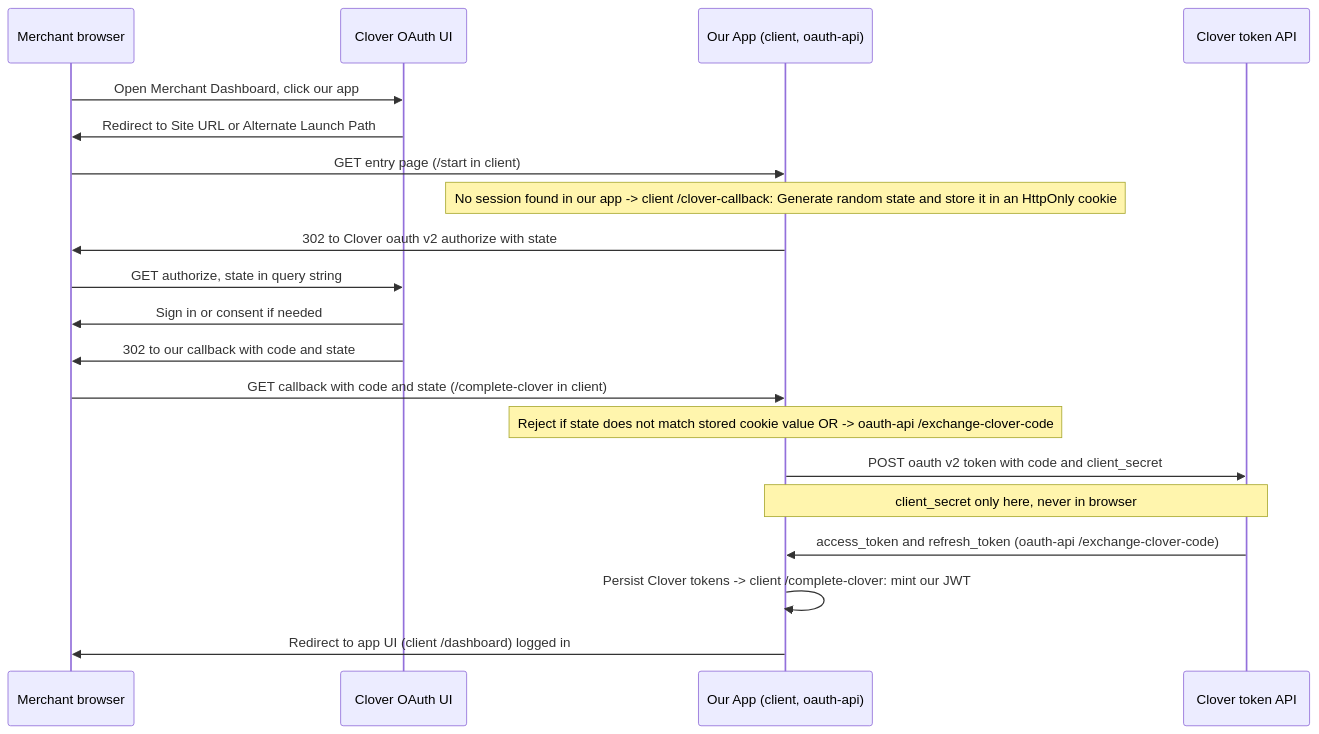
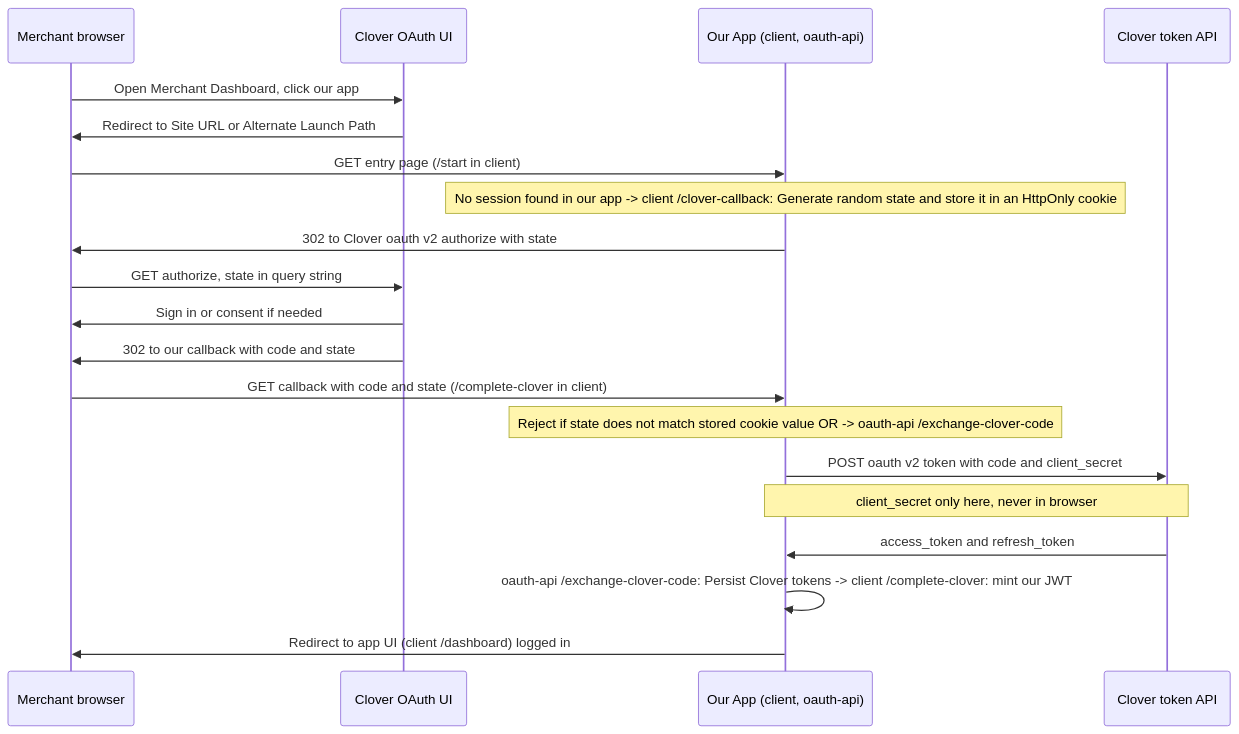
Before and after one commit to 1ntellijosh/cl-reporter: the diagram in README.md, drawn with Mermaid.

````diff
--- a/README.md
+++ b/README.md
@@ -11,23 +11,23 @@
 ```mermaid
 sequenceDiagram
     participant B as Merchant browser
     participant CloverUI as Clover OAuth UI
     participant S as Our App (client, oauth-api)
     participant T as Clover token API
 
     B->>CloverUI: Open Merchant Dashboard, click our app
     CloverUI->>B: Redirect to Site URL or Alternate Launch Path
     B->>S: GET entry page (/start in client)
     Note over S: No session found in our app -> client /clover-callback: Generate random state and store it in an HttpOnly cookie
     S->>B: 302 to Clover oauth v2 authorize with state
     B->>CloverUI: GET authorize, state in query string
     CloverUI->>B: Sign in or consent if needed
     CloverUI->>B: 302 to our callback with code and state
     B->>S: GET callback with code and state (/complete-clover in client)
     Note over S: Reject if state does not match stored cookie value OR -> oauth-api /exchange-clover-code
     S->>T: POST oauth v2 token with code and client_secret
     Note over S,T: client_secret only here, never in browser
-    T->>S: access_token and refresh_token (oauth-api /exchange-clover-code)
-    S->>S: Persist Clover tokens -> client /complete-clover: mint our JWT
+    T->>S: access_token and refresh_token
+    S->>S: oauth-api /exchange-clover-code: Persist Clover tokens -> client /complete-clover: mint our JWT
     S->>B: Redirect to app UI (client /dashboard) logged in
 ```
````
